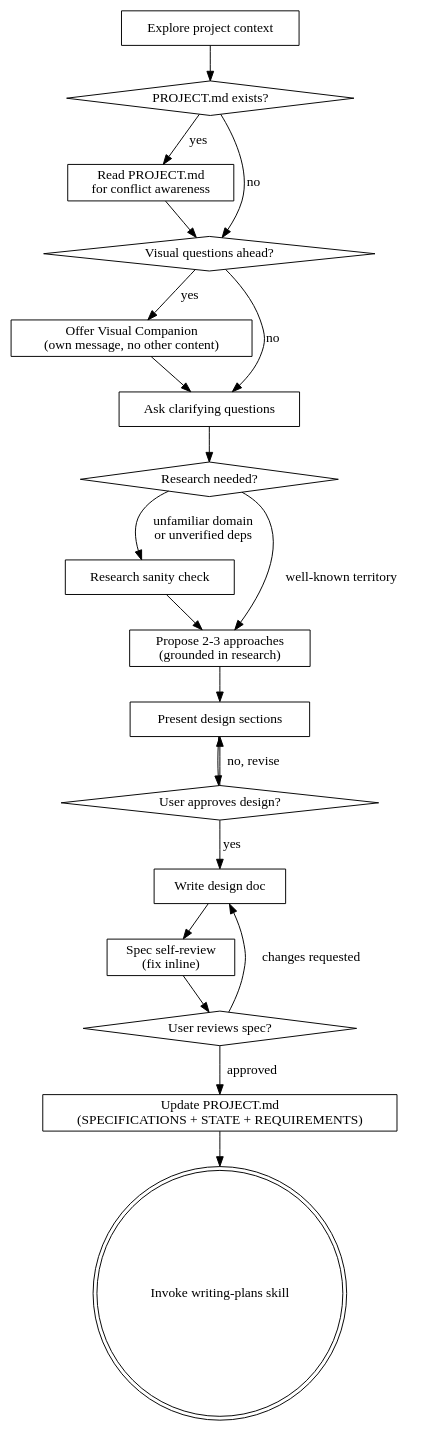
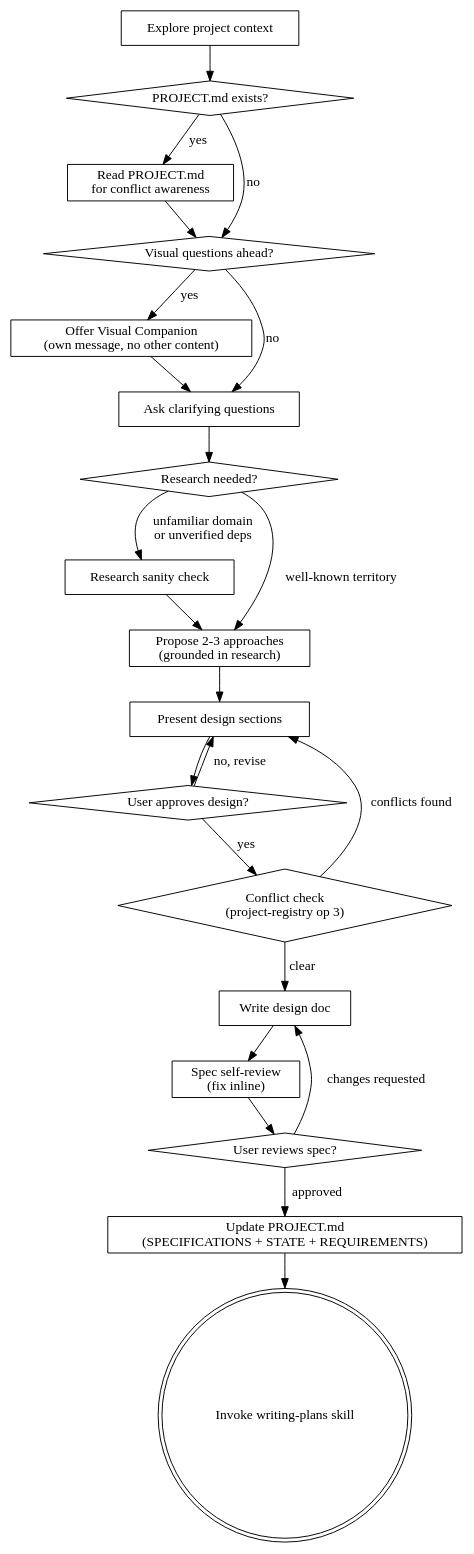
One commit to jacek2v/superpowers-j2v changed the diagram in skills/brainstorming/SKILL.md. Above: the diagram before and after it, drawn with Graphviz. The commit also changed other lines of this file and 1 other file, not shown here.

Commit message:
update places when checking conflicts with PROJECT.md is done

````diff
--- a/skills/brainstorming/SKILL.md
+++ b/skills/brainstorming/SKILL.md
@@ -50,41 +51,44 @@
 ```dot
 digraph brainstorming {
     "Explore project context" [shape=box];
     "PROJECT.md exists?" [shape=diamond];
     "Read PROJECT.md\nfor conflict awareness" [shape=box];
     "Visual questions ahead?" [shape=diamond];
     "Offer Visual Companion\n(own message, no other content)" [shape=box];
     "Ask clarifying questions" [shape=box];
     "Research needed?" [shape=diamond];
     "Research sanity check" [shape=box];
     "Propose 2-3 approaches\n(grounded in research)" [shape=box];
     "Present design sections" [shape=box];
     "User approves design?" [shape=diamond];
     "Write design doc" [shape=box];
     "Spec self-review\n(fix inline)" [shape=box];
     "User reviews spec?" [shape=diamond];
     "Update PROJECT.md\n(SPECIFICATIONS + STATE + REQUIREMENTS)" [shape=box];
     "Invoke writing-plans skill" [shape=doublecircle];
 
     "Explore project context" -> "PROJECT.md exists?";
     "PROJECT.md exists?" -> "Read PROJECT.md\nfor conflict awareness" [label="yes"];
     "PROJECT.md exists?" -> "Visual questions ahead?" [label="no"];
     "Read PROJECT.md\nfor conflict awareness" -> "Visual questions ahead?";
     "Visual questions ahead?" -> "Offer Visual Companion\n(own message, no other content)" [label="yes"];
     "Visual questions ahead?" -> "Ask clarifying questions" [label="no"];
     "Offer Visual Companion\n(own message, no other content)" -> "Ask clarifying questions";
     "Ask clarifying questions" -> "Research needed?";
     "Research needed?" -> "Research sanity check" [label="unfamiliar domain\nor unverified deps"];
     "Research needed?" -> "Propose 2-3 approaches\n(grounded in research)" [label="well-known territory"];
     "Research sanity check" -> "Propose 2-3 approaches\n(grounded in research)";
     "Propose 2-3 approaches\n(grounded in research)" -> "Present design sections";
     "Present design sections" -> "User approves design?";
     "User approves design?" -> "Present design sections" [label="no, revise"];
-    "User approves design?" -> "Write design doc" [label="yes"];
+    "User approves design?" -> "Conflict check\n(project-registry op 3)" [label="yes"];
+    "Conflict check\n(project-registry op 3)" [shape=diamond];
+    "Conflict check\n(project-registry op 3)" -> "Present design sections" [label="conflicts found"];
+    "Conflict check\n(project-registry op 3)" -> "Write design doc" [label="clear"];
     "Write design doc" -> "Spec self-review\n(fix inline)";
     "Spec self-review\n(fix inline)" -> "User reviews spec?";
     "User reviews spec?" -> "Write design doc" [label="changes requested"];
     "User reviews spec?" -> "Update PROJECT.md\n(SPECIFICATIONS + STATE + REQUIREMENTS)" [label="approved"];
     "Update PROJECT.md\n(SPECIFICATIONS + STATE + REQUIREMENTS)" -> "Invoke writing-plans skill";
 }
 ```
````
